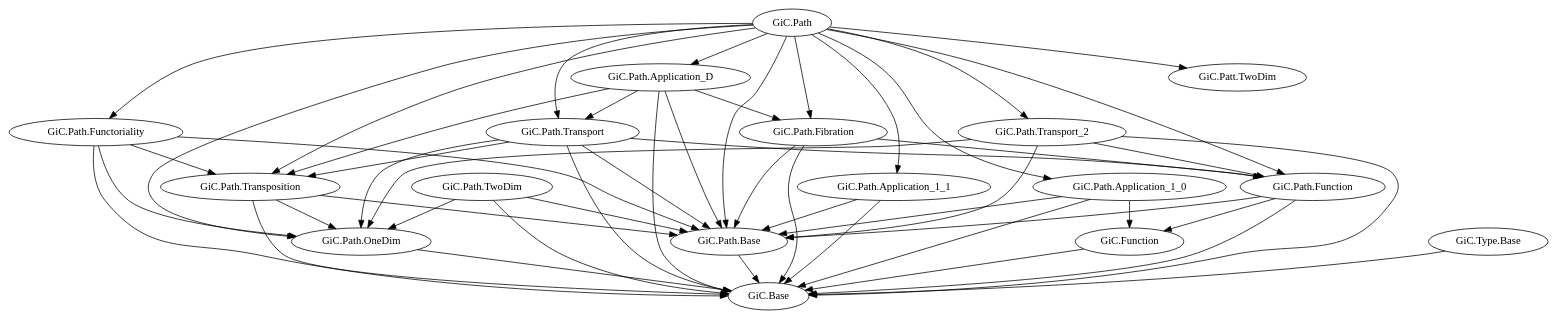
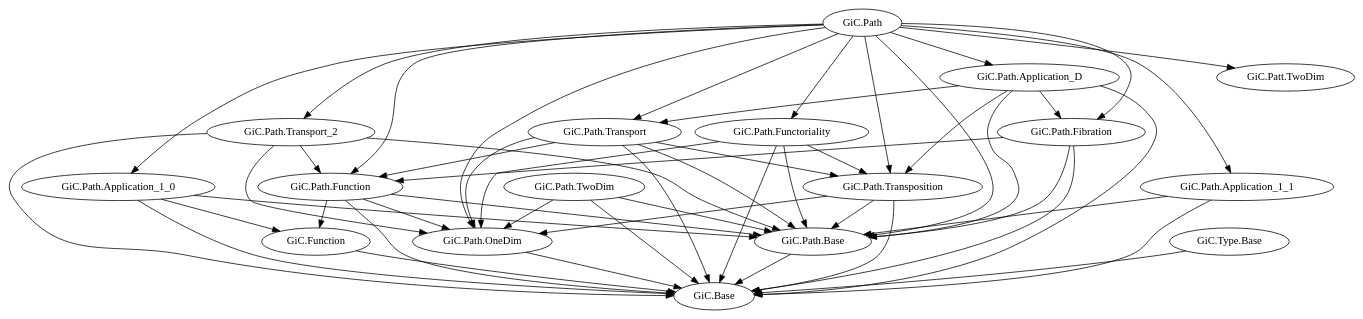
One commit to Hexirp/googology-in-coq changed the diagram in documents/libraries.gv. Above: the diagram before and after it, drawn with Graphviz. The commit also changed 3 other files, not shown here.

```diff
--- a/documents/libraries.gv
+++ b/documents/libraries.gv
@@ -1,84 +1,85 @@
 digraph dependency_graph {
   # GiC.Base
 
   # GiC.Function
   "GiC.Function" -> "GiC.Base";
 
   # GiC.Path.Base
   "GiC.Path.Base" -> "GiC.Base";
 
+  # GiC.Path.OneDim
+  "GiC.Path.OneDim" -> "GiC.Base";
+
   # GiC.Path.Function
   "GiC.Path.Function" -> "GiC.Base";
   "GiC.Path.Function" -> "GiC.Function";
   "GiC.Path.Function" -> "GiC.Path.Base";
-
-  # GiC.Path.OneDim
-  "GiC.Path.OneDim" -> "GiC.Base";
+  "GiC.Path.Function" -> "GiC.Path.OneDim";
 
   # GiC.Path.TwoDim
   "GiC.Path.TwoDim" -> "GiC.Base";
   "GiC.Path.TwoDim" -> "GiC.Path.Base";
   "GiC.Path.TwoDim" -> "GiC.Path.OneDim";
 
   # GiC.Path.Transposition
   "GiC.Path.Transposition" -> "GiC.Base";
   "GiC.Path.Transposition" -> "GiC.Path.Base";
   "GiC.Path.Transposition" -> "GiC.Path.OneDim";
 
   # GiC.Path.Functoriality
   "GiC.Path.Functoriality" -> "GiC.Base";
   "GiC.Path.Functoriality" -> "GiC.Path.Base";
   "GiC.Path.Functoriality" -> "GiC.Path.OneDim";
   "GiC.Path.Functoriality" -> "GiC.Path.Transposition";
 
   # GiC.Path.Application_1_0
   "GiC.Path.Application_1_0" -> "GiC.Base";
   "GiC.Path.Application_1_0" -> "GiC.Function";
   "GiC.Path.Application_1_0" -> "GiC.Path.Base";
 
   # GiC.Path.Application_1_1
   "GiC.Path.Application_1_1" -> "GiC.Base";
   "GiC.Path.Application_1_1" -> "GiC.Path.Base";
 
   # GiC.Path.Transport
   "GiC.Path.Transport" -> "GiC.Base";
   "GiC.Path.Transport" -> "GiC.Path.Base";
   "GiC.Path.Transport" -> "GiC.Path.Function";
   "GiC.Path.Transport" -> "GiC.Path.OneDim";
   "GiC.Path.Transport" -> "GiC.Path.Transposition";
 
   # GiC.Path.Fibration
   "GiC.Path.Fibration" -> "GiC.Base";
   "GiC.Path.Fibration" -> "GiC.Path.Base";
   "GiC.Path.Fibration" -> "GiC.Path.Function";
 
   # GiC.Path.Transport_2
   "GiC.Path.Transport_2" -> "GiC.Base";
   "GiC.Path.Transport_2" -> "GiC.Path.Base";
   "GiC.Path.Transport_2" -> "GiC.Path.Function";
   "GiC.Path.Transport_2" -> "GiC.Path.OneDim";
 
   # GiC.Path.Application_D
   "GiC.Path.Application_D" -> "GiC.Base";
   "GiC.Path.Application_D" -> "GiC.Path.Base";
   "GiC.Path.Application_D" -> "GiC.Path.Transposition";
   "GiC.Path.Application_D" -> "GiC.Path.Transport";
   "GiC.Path.Application_D" -> "GiC.Path.Fibration";
 
   # GiC.Path
   "GiC.Path" -> "GiC.Path.Base";
   "GiC.Path" -> "GiC.Path.Function";
   "GiC.Path" -> "GiC.Path.OneDim";
   "GiC.Path" -> "GiC.Patt.TwoDim";
   "GiC.Path" -> "GiC.Path.Transposition";
   "GiC.Path" -> "GiC.Path.Functoriality";
   "GiC.Path" -> "GiC.Path.Application_1_0";
   "GiC.Path" -> "GiC.Path.Application_1_1";
   "GiC.Path" -> "GiC.Path.Transport";
   "GiC.Path" -> "GiC.Path.Fibration";
   "GiC.Path" -> "GiC.Path.Transport_2";
   "GiC.Path" -> "GiC.Path.Application_D";
 
   # GiC.Type.Base
   "GiC.Type.Base" -> "GiC.Base";
 }
```
